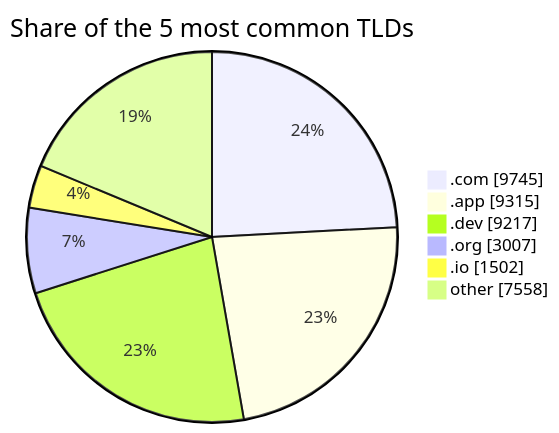
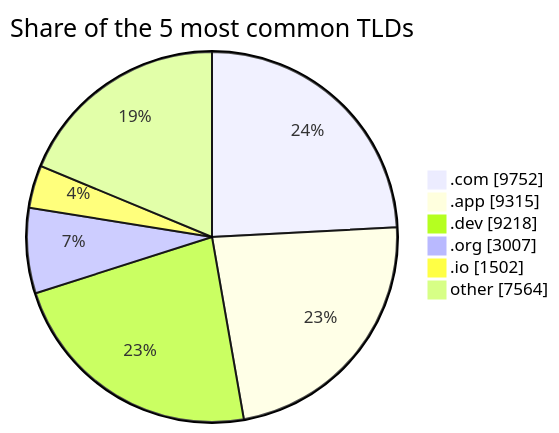
The second of 2 diagrams in README.md (DNSBunker/CTI), drawn with Mermaid before and after one commit. The commit also changed other lines of this file and 3 other files, not shown here.

````diff
--- a/README.md
+++ b/README.md
@@ -72,9 +72,9 @@
 ```mermaid
 pie showData title Share of the 5 most common TLDs
-    ".com" : 9745
+    ".com" : 9752
     ".app" : 9315
-    ".dev" : 9217
+    ".dev" : 9218
     ".org" : 3007
     ".io" : 1502
-    "other" : 7558
+    "other" : 7564
 ```
````
